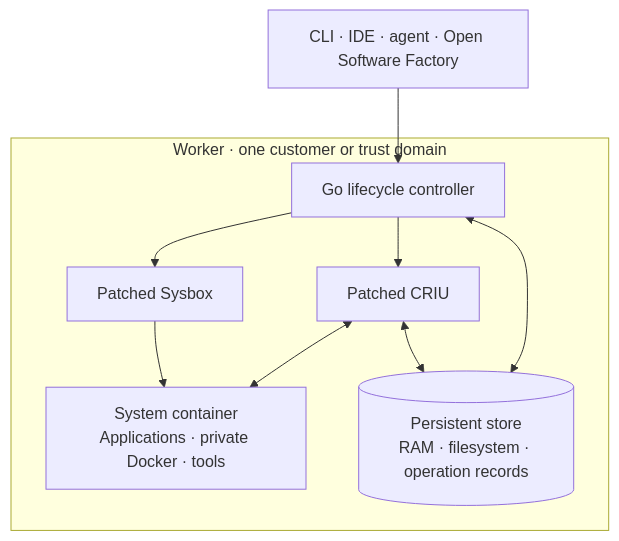
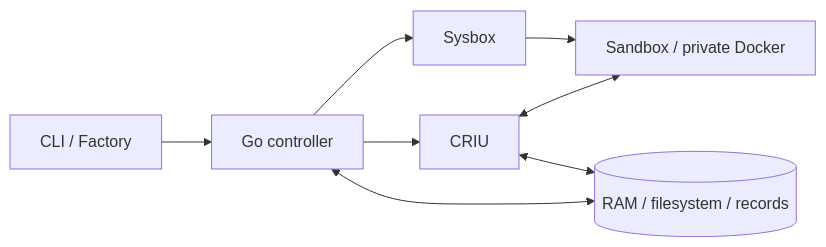
The diagram in README.md (maxcodefaster/factorybox), drawn with Mermaid before and after one commit. The commit also changed other lines of this file, not shown here.

````diff
--- a/README.md
+++ b/README.md
@@ -73,12 +29,10 @@
 ```mermaid
-flowchart TB
-    clients["CLI · IDE · agent · Open Software Factory"] --> controller
-    subgraph worker["Worker · one customer or trust domain"]
-        controller["Go lifecycle controller"] --> sysbox["Patched Sysbox"]
-        controller --> criu["Patched CRIU"]
-        sysbox --> sandbox["System container<br/>Applications · private Docker · tools"]
-        criu <--> sandbox
-        criu <--> store[("Persistent store<br/>RAM · filesystem · operation records")]
-        controller <--> store
-    end
+flowchart LR
+    consumer[CLI / Factory] --> controller[Go controller]
+    controller --> sysbox[Sysbox]
+    controller --> criu[CRIU]
+    sysbox --> sandbox[Sandbox / private Docker]
+    criu <--> sandbox
+    criu <--> store[(RAM / filesystem / records)]
+    controller <--> store
 ```
````
